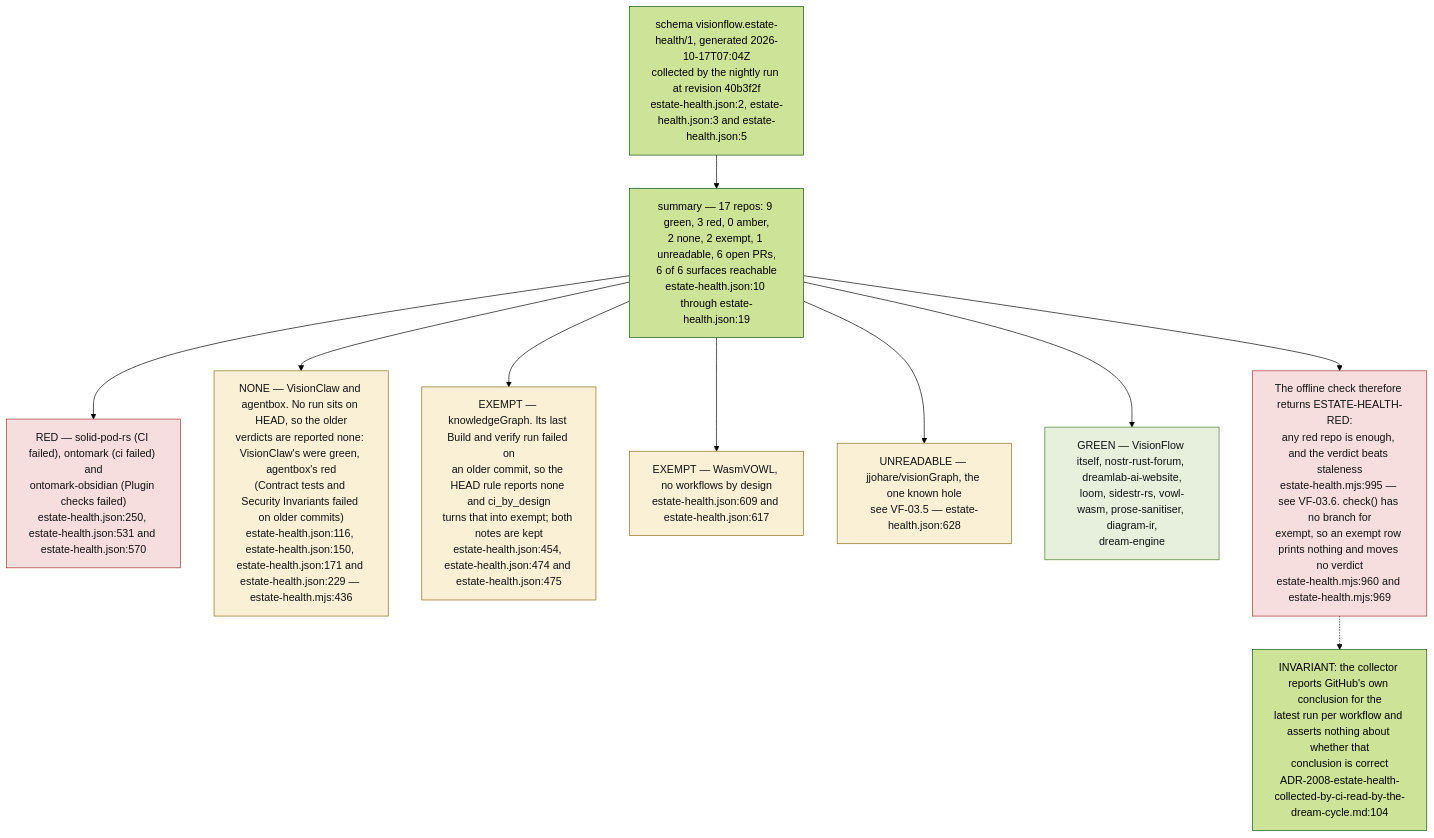
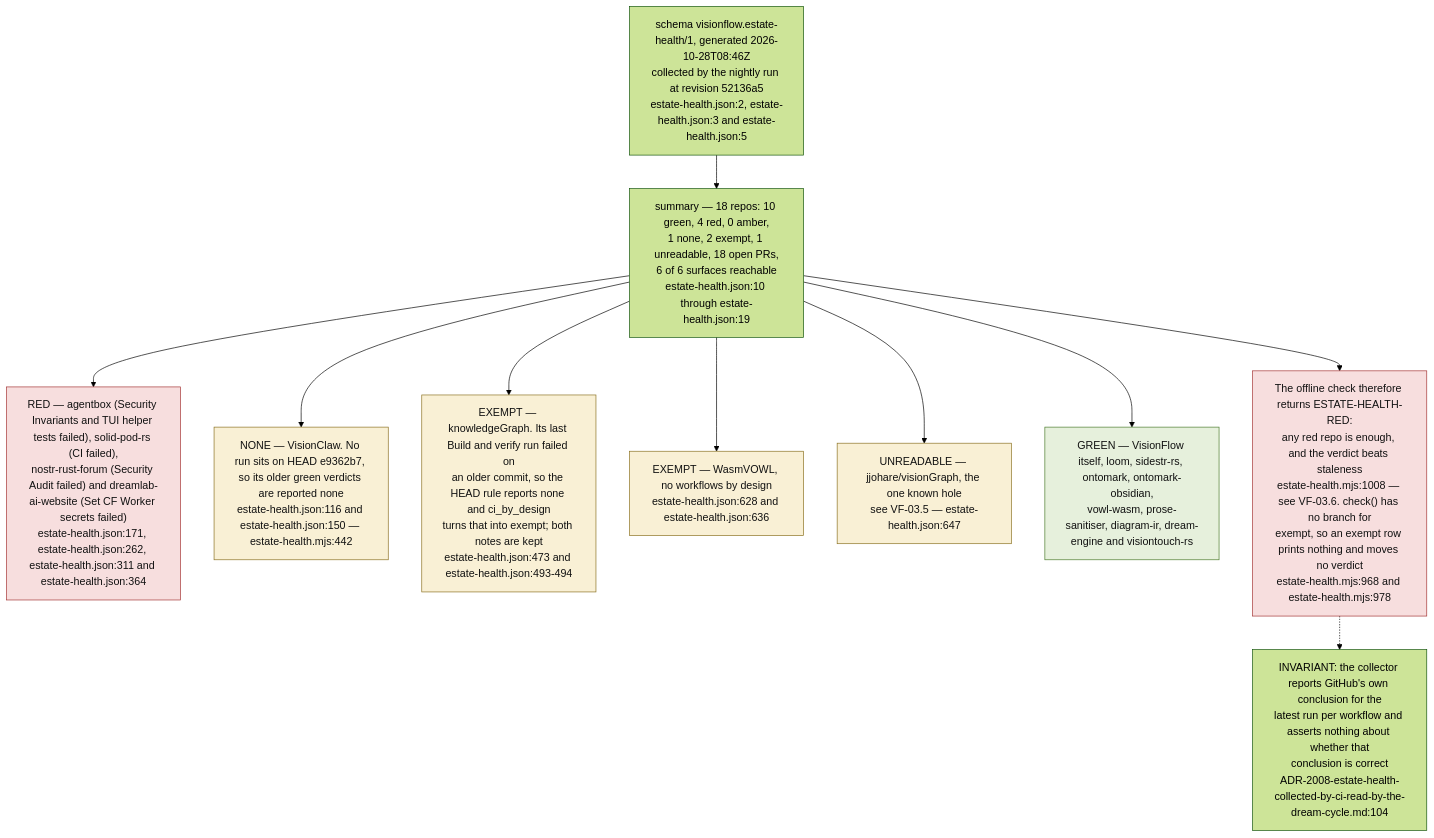
The ninth of 9 diagrams in docs/diagrams/visionflow/03-estate-health.md (DreamLab-AI/VisionFlow), drawn with Mermaid (forest theme) before and after one commit. The commit also changed other lines of this file and 160 other files, not shown here.

````diff
--- a/docs/diagrams/visionflow/03-estate-health.md
+++ b/docs/diagrams/visionflow/03-estate-health.md
@@ -278,23 +282,23 @@
 ```mermaid
 flowchart TB
     classDef red fill:#f7dede,stroke:#a33333,color:#111
     classDef green fill:#e6f0dc,stroke:#4a7a2a,color:#111
     classDef amb fill:#f9f0d5,stroke:#8a7020,color:#111
 
-    SNAP["schema visionflow.estate-health/1, generated 2026-10-17T07:04Z<br/>collected by the nightly run at revision 40b3f2f<br/>estate-health.json:2, estate-health.json:3 and estate-health.json:5"]
+    SNAP["schema visionflow.estate-health/1, generated 2026-10-28T08:46Z<br/>collected by the nightly run at revision 52136a5<br/>estate-health.json:2, estate-health.json:3 and estate-health.json:5"]
 
-    SNAP --> SUM["summary — 17 repos: 9 green, 3 red, 0 amber,<br/>2 none, 2 exempt, 1 unreadable, 6 open PRs,<br/>6 of 6 surfaces reachable<br/>estate-health.json:10 through estate-health.json:19"]
+    SNAP --> SUM["summary — 18 repos: 10 green, 4 red, 0 amber,<br/>1 none, 2 exempt, 1 unreadable, 18 open PRs,<br/>6 of 6 surfaces reachable<br/>estate-health.json:10 through estate-health.json:19"]
 
-    SUM --> R3["RED — solid-pod-rs (CI failed), ontomark (ci failed) and<br/>ontomark-obsidian (Plugin checks failed)<br/>estate-health.json:250, estate-health.json:531 and estate-health.json:570"]:::red
-    SUM --> N1["NONE — VisionClaw and agentbox. No run sits on HEAD, so the older<br/>verdicts are reported none: VisionClaw's were green, agentbox's red<br/>(Contract tests and Security Invariants failed on older commits)<br/>estate-health.json:116, estate-health.json:150, estate-health.json:171 and estate-health.json:229 — estate-health.mjs:436"]:::amb
-    SUM --> E1["EXEMPT — knowledgeGraph. Its last Build and verify run failed on<br/>an older commit, so the HEAD rule reports none and ci_by_design<br/>turns that into exempt; both notes are kept<br/>estate-health.json:454, estate-health.json:474 and estate-health.json:475"]:::amb
-    SUM --> E2["EXEMPT — WasmVOWL, no workflows by design<br/>estate-health.json:609 and estate-health.json:617"]:::amb
-    SUM --> U1["UNREADABLE — jjohare/visionGraph, the one known hole<br/>see VF-03.5 — estate-health.json:628"]:::amb
-    SUM --> G1["GREEN — VisionFlow itself, nostr-rust-forum, dreamlab-ai-website,<br/>loom, sidestr-rs, vowl-wasm, prose-sanitiser, diagram-ir,<br/>dream-engine"]:::green
+    SUM --> R4["RED — agentbox (Security Invariants and TUI helper tests failed), solid-pod-rs (CI failed),<br/>nostr-rust-forum (Security Audit failed) and dreamlab-ai-website (Set CF Worker secrets failed)<br/>estate-health.json:171, estate-health.json:262, estate-health.json:311 and estate-health.json:364"]:::red
+    SUM --> N1["NONE — VisionClaw. No run sits on HEAD e9362b7, so its older green verdicts are reported none<br/>estate-health.json:116 and estate-health.json:150 — estate-health.mjs:442"]:::amb
+    SUM --> E1["EXEMPT — knowledgeGraph. Its last Build and verify run failed on<br/>an older commit, so the HEAD rule reports none and ci_by_design<br/>turns that into exempt; both notes are kept<br/>estate-health.json:473 and estate-health.json:493-494"]:::amb
+    SUM --> E2["EXEMPT — WasmVOWL, no workflows by design<br/>estate-health.json:628 and estate-health.json:636"]:::amb
+    SUM --> U1["UNREADABLE — jjohare/visionGraph, the one known hole<br/>see VF-03.5 — estate-health.json:647"]:::amb
+    SUM --> G1["GREEN — VisionFlow itself, loom, sidestr-rs, ontomark, ontomark-obsidian,<br/>vowl-wasm, prose-sanitiser, diagram-ir, dream-engine and visiontouch-rs"]:::green
 
-    VERD["The offline check therefore returns ESTATE-HEALTH-RED:<br/>any red repo is enough, and the verdict beats staleness<br/>estate-health.mjs:995 — see VF-03.6. check() has no branch for<br/>exempt, so an exempt row prints nothing and moves no verdict<br/>estate-health.mjs:960 and estate-health.mjs:969"]:::red
+    VERD["The offline check therefore returns ESTATE-HEALTH-RED:<br/>any red repo is enough, and the verdict beats staleness<br/>estate-health.mjs:1008 — see VF-03.6. check() has no branch for<br/>exempt, so an exempt row prints nothing and moves no verdict<br/>estate-health.mjs:968 and estate-health.mjs:978"]:::red
     SUM --> VERD
 
     INV["INVARIANT: the collector reports GitHub's own conclusion for the<br/>latest run per workflow and asserts nothing about whether that<br/>conclusion is correct<br/>ADR-2008-estate-health-collected-by-ci-read-by-the-dream-cycle.md:104"]
     VERD -.-> INV
 ```
````
